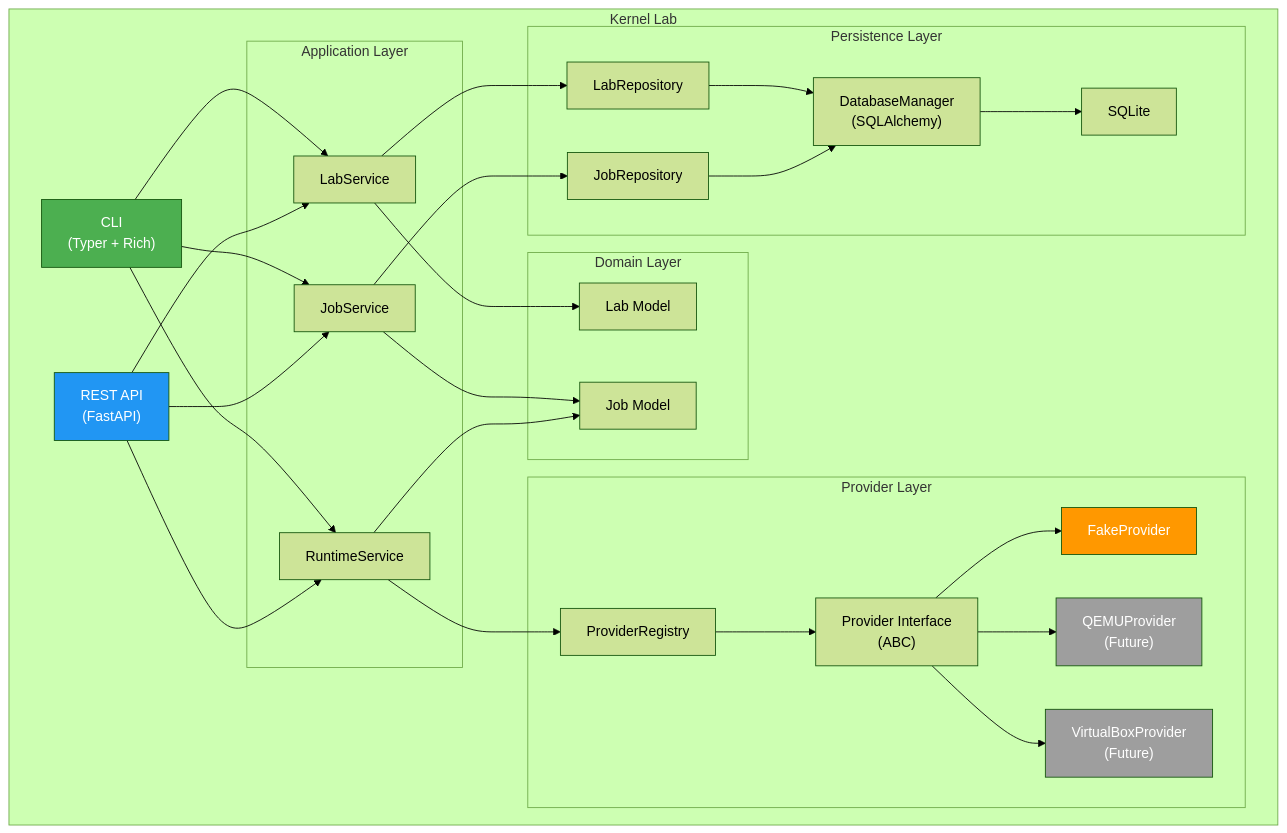
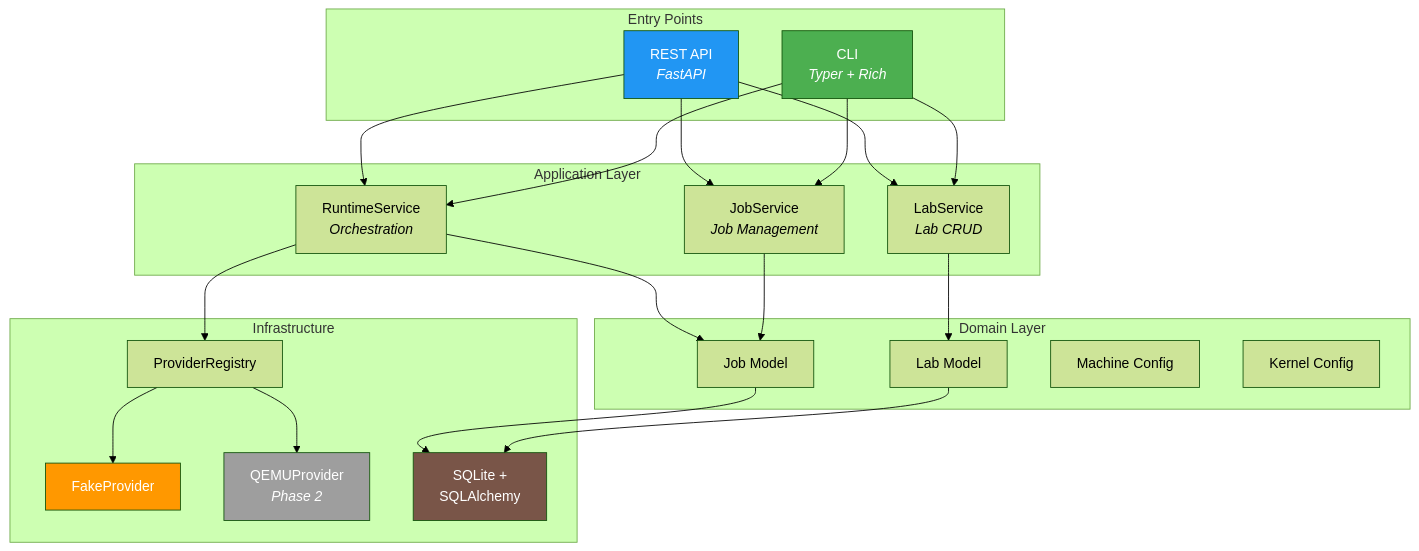
The third of 7 diagrams in README.md (melinskyRf/kernellab), drawn with Mermaid (forest theme) before and after one commit. The commit also changed other lines of this file, not shown here.

First line of the commit message:
docs: improve README with better diagrams and explanations

````diff
--- a/README.md
+++ b/README.md
@@ -113,62 +195,51 @@
 ```mermaid
 graph TB
-    subgraph "Kernel Lab"
-        CLI["CLI<br/>(Typer + Rich)"]
-        API["REST API<br/>(FastAPI)"]
-        
-        subgraph "Application Layer"
-            LS["LabService"]
-            JS["JobService"]
-            RS["RuntimeService"]
-        end
-        
-        subgraph "Domain Layer"
-            Lab["Lab Model"]
-            Job["Job Model"]
-        end
-        
-        subgraph "Provider Layer"
-            PR["ProviderRegistry"]
-            PI["Provider Interface<br/>(ABC)"]
-            FP["FakeProvider"]
-            QEMU["QEMUProvider<br/>(Future)"]
-            VB["VirtualBoxProvider<br/>(Future)"]
-        end
-        
-        subgraph "Persistence Layer"
-            DB["DatabaseManager<br/>(SQLAlchemy)"]
-            LR["LabRepository"]
-            JR["JobRepository"]
-            SQLite["SQLite"]
-        end
+    subgraph "Entry Points"
+        CLI["CLI<br/><i>Typer + Rich</i>"]
+        API["REST API<br/><i>FastAPI</i>"]
+    end
+    
+    subgraph "Application Layer"
+        LS["LabService<br/><i>Lab CRUD</i>"]
+        JS["JobService<br/><i>Job Management</i>"]
+        RS["RuntimeService<br/><i>Orchestration</i>"]
+    end
+    
+    subgraph "Domain Layer"
+        Lab["Lab Model"]
+        Job["Job Model"]
+        Machine["Machine Config"]
+        Kernel["Kernel Config"]
+    end
+    
+    subgraph "Infrastructure"
+        PR["ProviderRegistry"]
+        FP["FakeProvider"]
+        QP["QEMUProvider<br/><i>Phase 2</i>"]
+        DB["SQLite +<br/>SQLAlchemy"]
     end
     
     CLI --> LS
     CLI --> JS
     CLI --> RS
     API --> LS
     API --> JS
     API --> RS
     
     LS --> Lab
-    LS --> LR
     JS --> Job
-    JS --> JR
     RS --> PR
     RS --> Job
     
-    PR --> PI
-    PI --> FP
-    PI --> QEMU
-    PI --> VB
+    PR --> FP
+    PR --> QP
     
-    LR --> DB
-    JR --> DB
-    DB --> SQLite
+    Lab --> DB
+    Job --> DB
     
     style CLI fill:#4CAF50,color:#fff
     style API fill:#2196F3,color:#fff
     style FP fill:#FF9800,color:#fff
-    style QEMU fill:#9E9E9E,color:#fff
-    style VB fill:#9E9E9E,color:#fff
+    style QP fill:#9E9E9E,color:#fff
+    style DB fill:#795548,color:#fff
 ```
````
